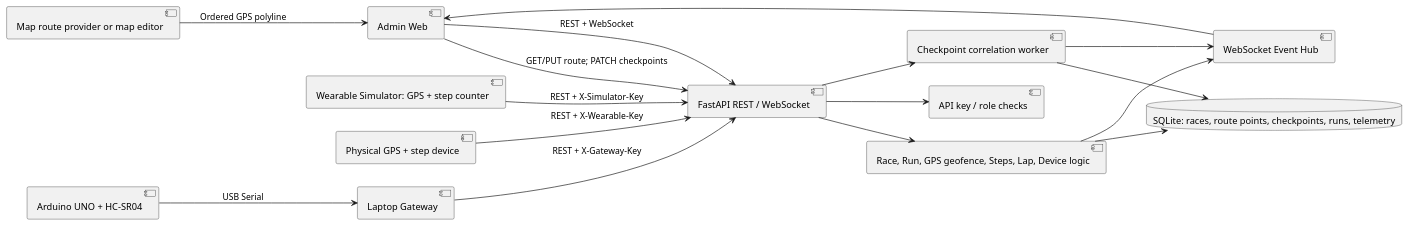
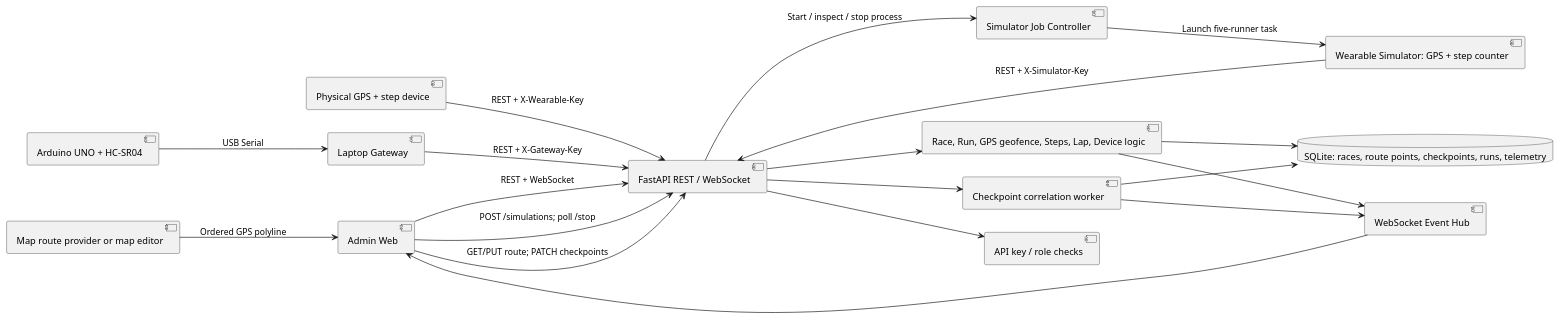
Before and after one commit to Dunnguyn/Smart_Running_Checkpoint_IoT: diagram 15 of 15 in docs/PLANTUML_DIAGRAMS.puml, drawn with PlantUML. The commit also changed other lines of this file and 7 other files, not shown here.

Commit message:
Add API-managed five-runner demo

```diff
--- a/docs/PLANTUML_DIAGRAMS.puml
+++ b/docs/PLANTUML_DIAGRAMS.puml
@@ -886,30 +913,34 @@
 @startuml
 left to right direction
 component "Admin Web" as FE
 component "Map route provider or map editor" as MAP
 component "FastAPI REST / WebSocket" as API
+component "Simulator Job Controller" as JOB
 component "Wearable Simulator: GPS + step counter" as SIM
 component "Physical GPS + step device" as WEAR
 component "Arduino UNO + HC-SR04" as UNO
 component "Laptop Gateway" as GW
 component "API key / role checks" as AUTH
 component "Race, Run, GPS geofence, Steps, Lap, Device logic" as DOMAIN
 component "Checkpoint correlation worker" as MATCH
 database "SQLite: races, route points, checkpoints, runs, telemetry" as DB
 component "WebSocket Event Hub" as HUB
 FE --> API : REST + WebSocket
+FE --> API : POST /simulations; poll /stop
 MAP --> FE : Ordered GPS polyline
 FE --> API : GET/PUT route; PATCH checkpoints
 SIM --> API : REST + X-Simulator-Key
+API --> JOB : Start / inspect / stop process
+JOB --> SIM : Launch five-runner task
 WEAR --> API : REST + X-Wearable-Key
 UNO --> GW : USB Serial
 GW --> API : REST + X-Gateway-Key
 API --> AUTH
 API --> DOMAIN
 API --> MATCH
 DOMAIN --> DB
 MATCH --> DB
 MATCH --> HUB
 DOMAIN --> HUB
 HUB --> FE
 @enduml
```
